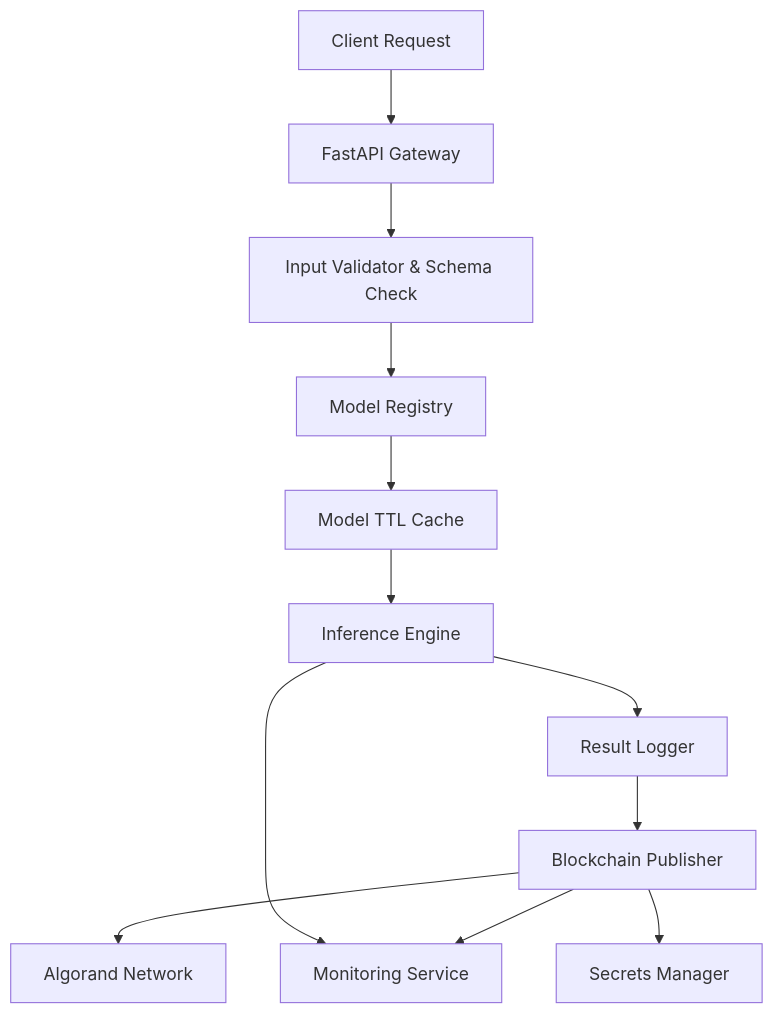
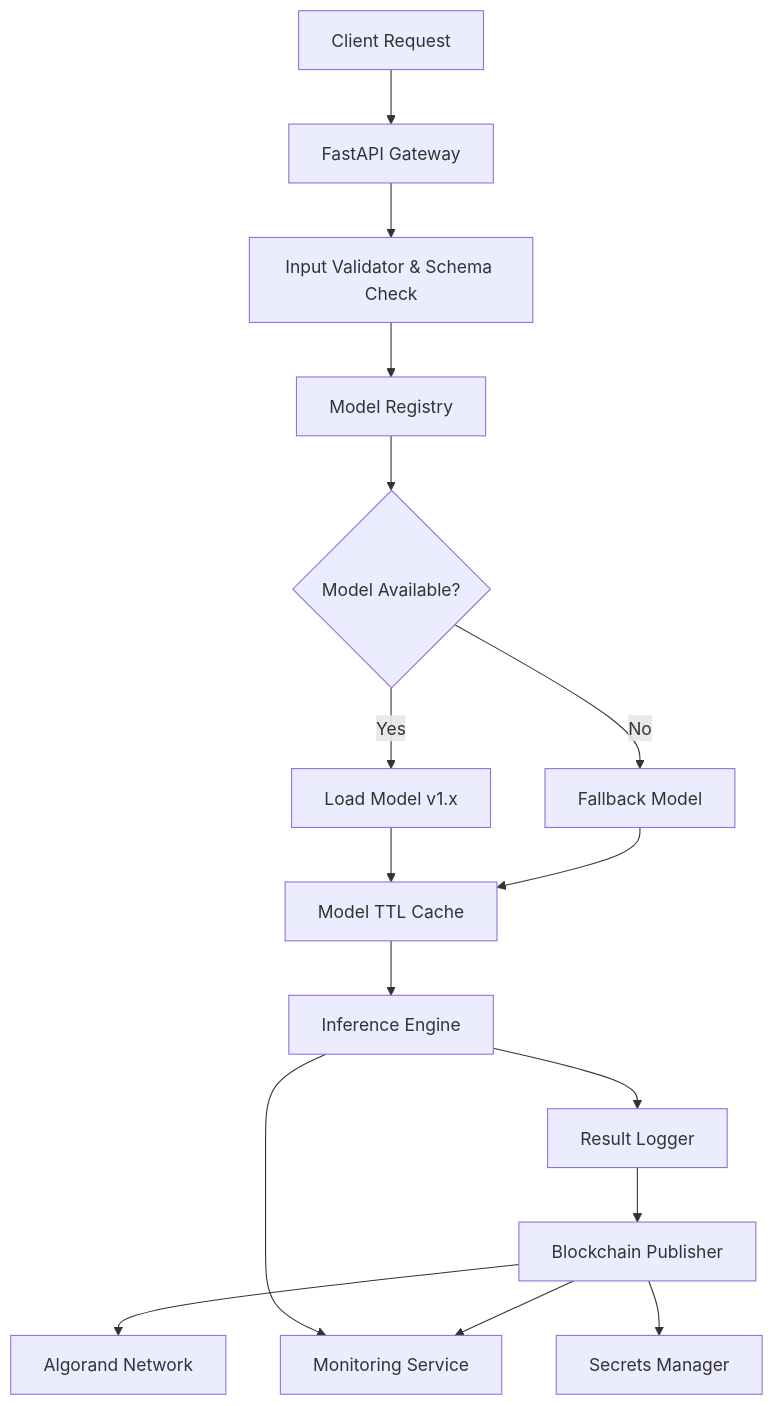
The diagram in README.md (AnVenDev/axiomatic_oracle), drawn with Mermaid before and after one commit.

````diff
--- a/README.md
+++ b/README.md
@@ -25,20 +25,25 @@
 ```mermaid
 graph TB
     A[Client Request] --> B[FastAPI Gateway]
     B --> B1[Input Validator & Schema Check]
     B1 --> C[Model Registry]
 
-    C --> C1[Model TTL Cache]
-    C1 --> D[Inference Engine]
+    C --> C1{Model Available?}
+    C1 -- Yes --> D1[Load Model v1.x]
+    C1 -- No --> D2[Fallback Model]
 
-    D --> E[Result Logger]
-    E --> F[Blockchain Publisher]
-    F --> G[Algorand Network]
+    D1 --> E[Model TTL Cache]
+    D2 --> E
 
-    %% Monitoring branch
-    D --> M1[Monitoring Service]
-    F --> M1
+    E --> F[Inference Engine]
+    F --> G[Result Logger]
+    G --> H[Blockchain Publisher]
+    H --> I[Algorand Network]
 
-    %% Secrets handling for publisher
-    F --> S[Secrets Manager]
+    %% Monitoring
+    F --> M1[Monitoring Service]
+    H --> M1
+
+    %% Secrets
+    H --> S[Secrets Manager]
 ```
````
